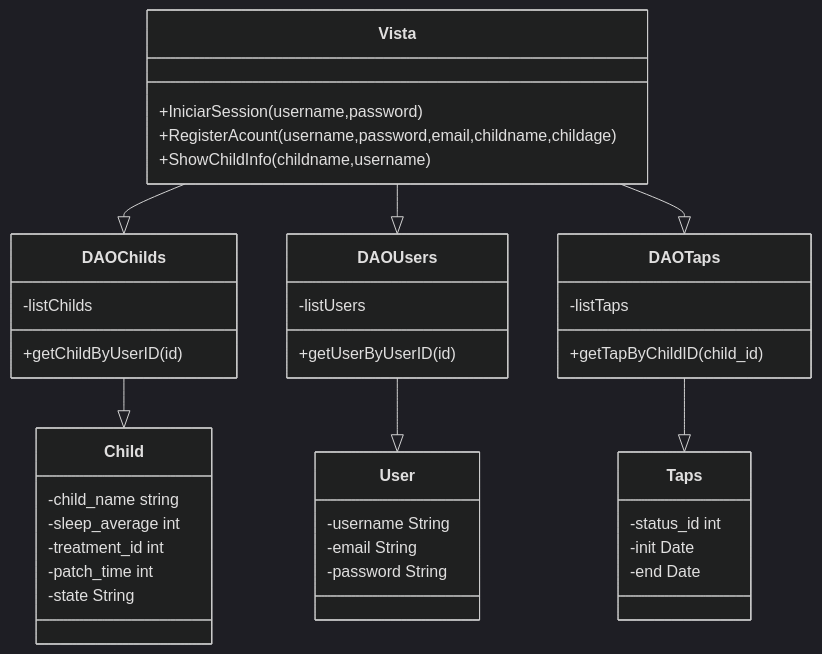
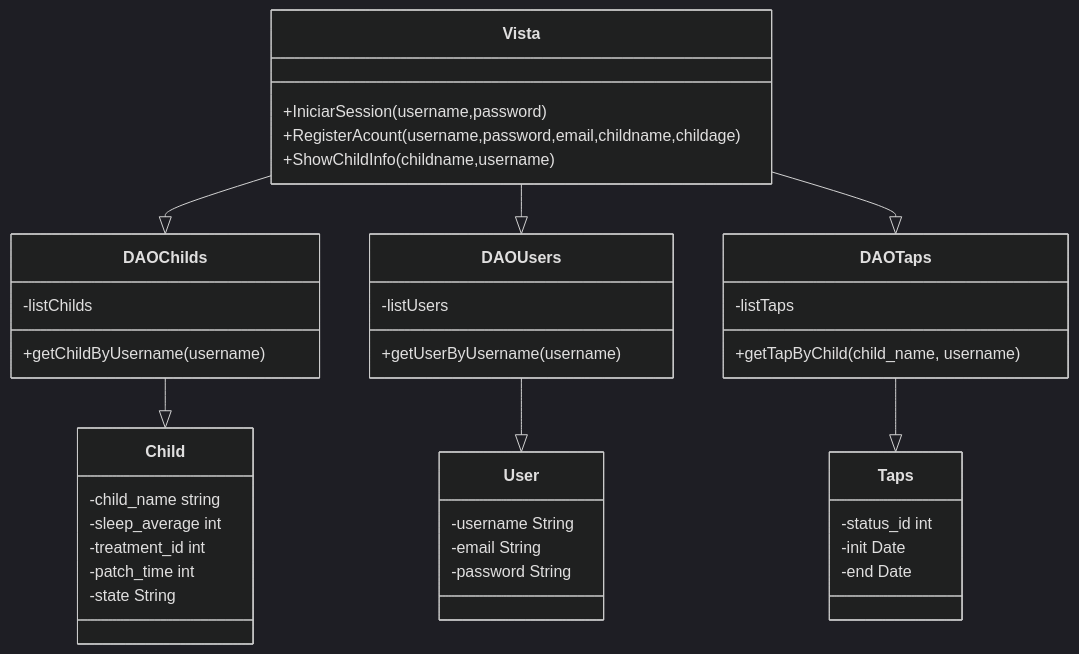
The diagram in Prototipo2/Diagramas/DiagramaClases.mermaid (DNIXD/Tapatapp), drawn with Mermaid (dark theme) before and after one commit. The commit also changed 7 other files, not shown here.

```diff
--- a/Prototipo2/Diagramas/DiagramaClases.mermaid
+++ b/Prototipo2/Diagramas/DiagramaClases.mermaid
@@ -1,42 +1,42 @@
 classDiagram
     Vista --|> DAOChilds
     Vista --|> DAOUsers
     Vista --|> DAOTaps
     DAOChilds --|> Child
     DAOUsers --|> User
     DAOTaps --|> Taps
 
     class Vista{
         +IniciarSession(username,password)
         +RegisterAcount(username,password,email,childname,childage)
         +ShowChildInfo(childname,username)
     }
     class DAOUsers{
         -listUsers
-        +getUserByUserID(id)
+        +getUserByUsername(username)
     }
     class DAOChilds{
         -listChilds
-        +getChildByUserID(id)
+        +getChildByUsername(username)
     }
     class DAOTaps{
         -listTaps
-        +getTapByChildID(child_id)
+        +getTapByChild(child_name, username)
     }
     class User{
         -username String
         -email String
         -password String
     }
     class Child{
         -child_name string
         -sleep_average int
         -treatment_id int
         -patch_time int
         -state String
     }
     class Taps{
         -status_id int
         -init Date
         -end Date
     }
```
